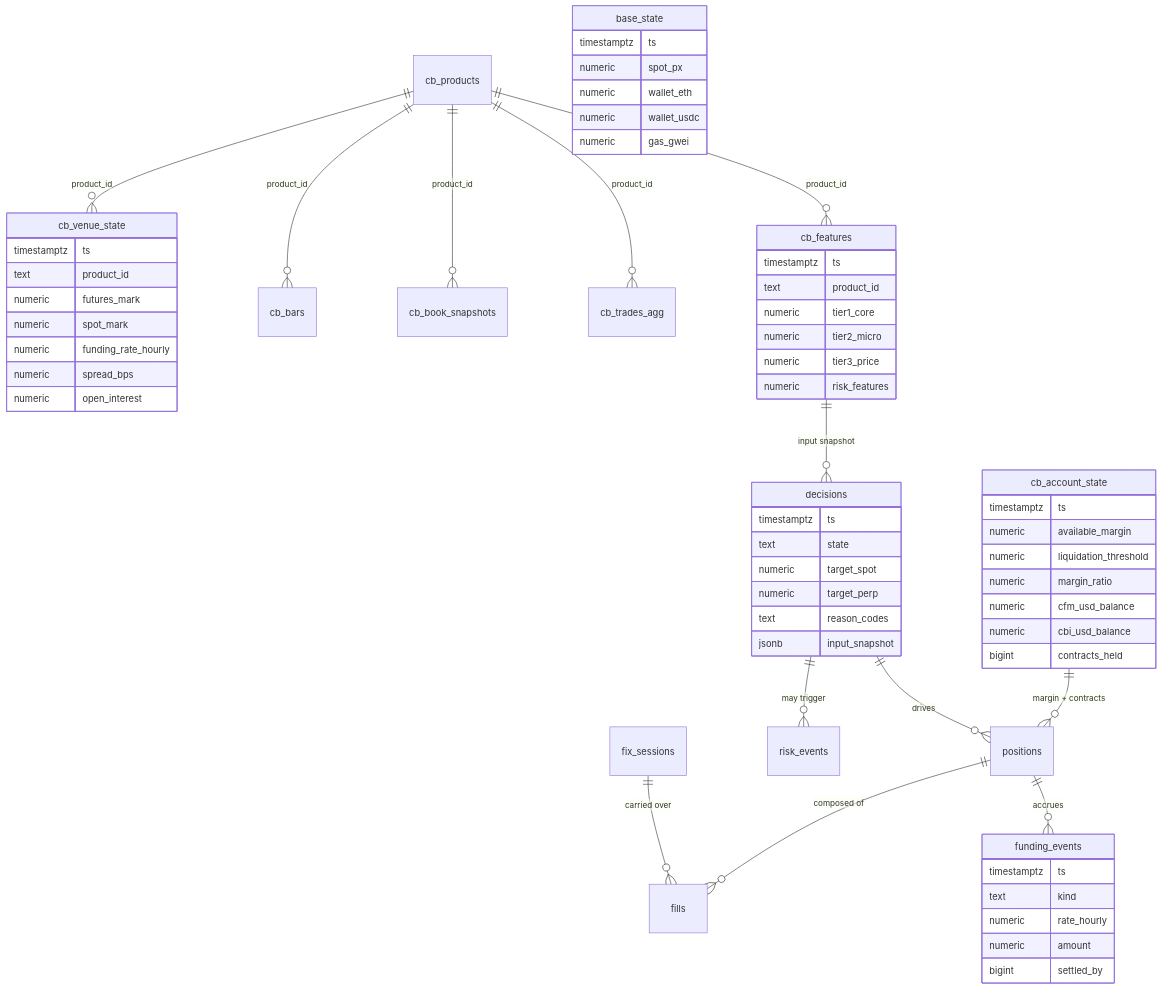
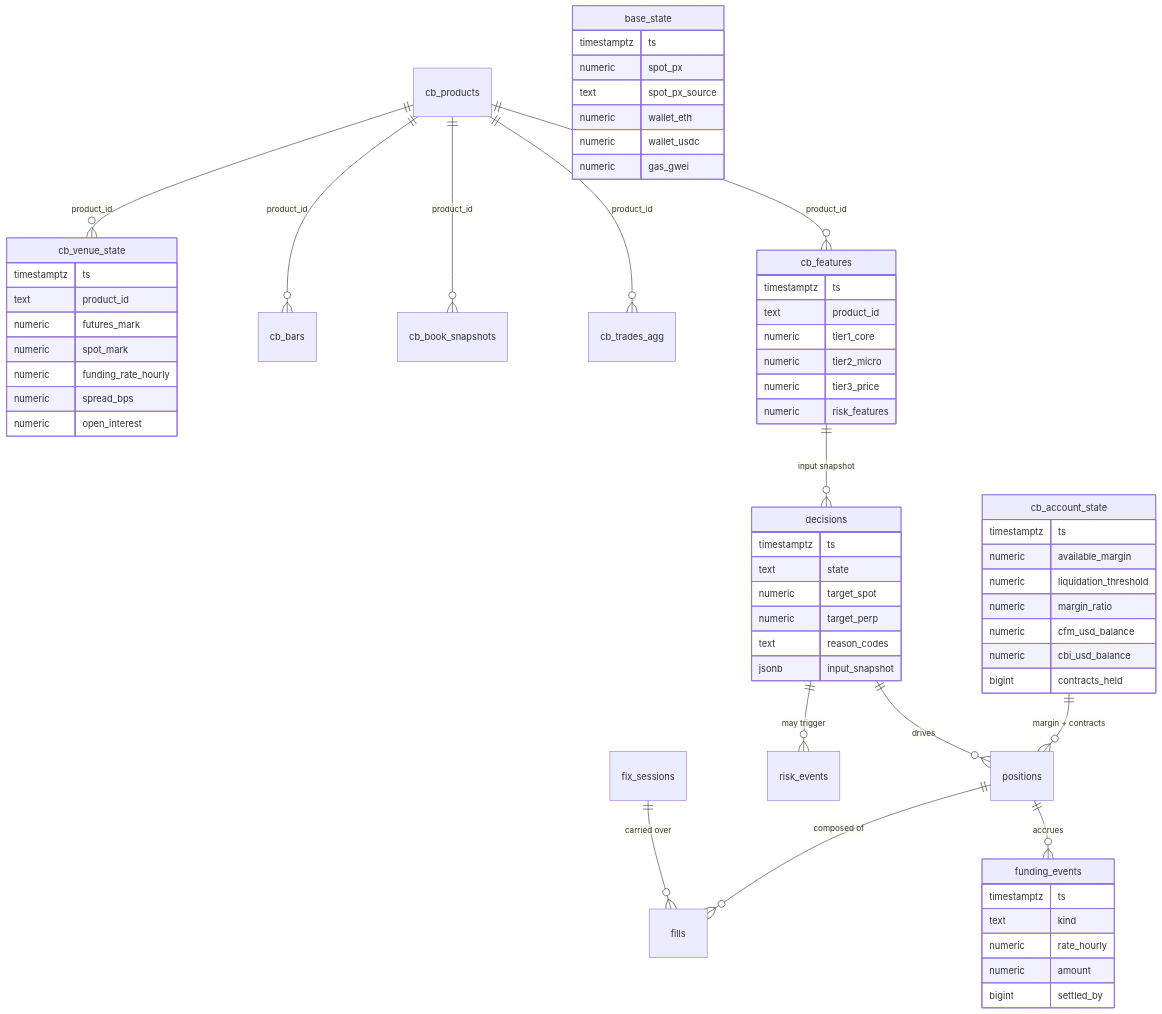
One commit to Jason-Dorman/funding-carry changed the ninth of 10 diagrams in docs/architecture.md. Above: the diagram before and after it, drawn with Mermaid. The commit also changed other lines of this file and 33 other files, not shown here.

````diff
--- a/docs/architecture.md
+++ b/docs/architecture.md
@@ -332,64 +337,65 @@
 ```mermaid
 erDiagram
     cb_products ||--o{ cb_venue_state : product_id
     cb_products ||--o{ cb_bars : product_id
     cb_products ||--o{ cb_book_snapshots : product_id
     cb_products ||--o{ cb_trades_agg : product_id
     cb_products ||--o{ cb_features : product_id
     cb_features ||--o{ decisions : "input snapshot"
     cb_account_state ||--o{ positions : "margin + contracts"
     decisions ||--o{ positions : "drives"
     positions ||--o{ fills : "composed of"
     positions ||--o{ funding_events : "accrues"
     decisions ||--o{ risk_events : "may trigger"
     fix_sessions ||--o{ fills : "carried over"
 
     cb_venue_state {
         timestamptz ts
         text product_id
         numeric futures_mark
         numeric spot_mark
         numeric funding_rate_hourly
         numeric spread_bps
         numeric open_interest
     }
     cb_features {
         timestamptz ts
         text product_id
         numeric tier1_core
         numeric tier2_micro
         numeric tier3_price
         numeric risk_features
     }
     decisions {
         timestamptz ts
         text state
         numeric target_spot
         numeric target_perp
         text reason_codes
         jsonb input_snapshot
     }
     base_state {
         timestamptz ts
         numeric spot_px
+        text spot_px_source
         numeric wallet_eth
         numeric wallet_usdc
         numeric gas_gwei
     }
     cb_account_state {
         timestamptz ts
         numeric available_margin
         numeric liquidation_threshold
         numeric margin_ratio
         numeric cfm_usd_balance
         numeric cbi_usd_balance
         bigint contracts_held
     }
     funding_events {
         timestamptz ts
         text kind
         numeric rate_hourly
         numeric amount
         bigint settled_by
     }
 ```
````
